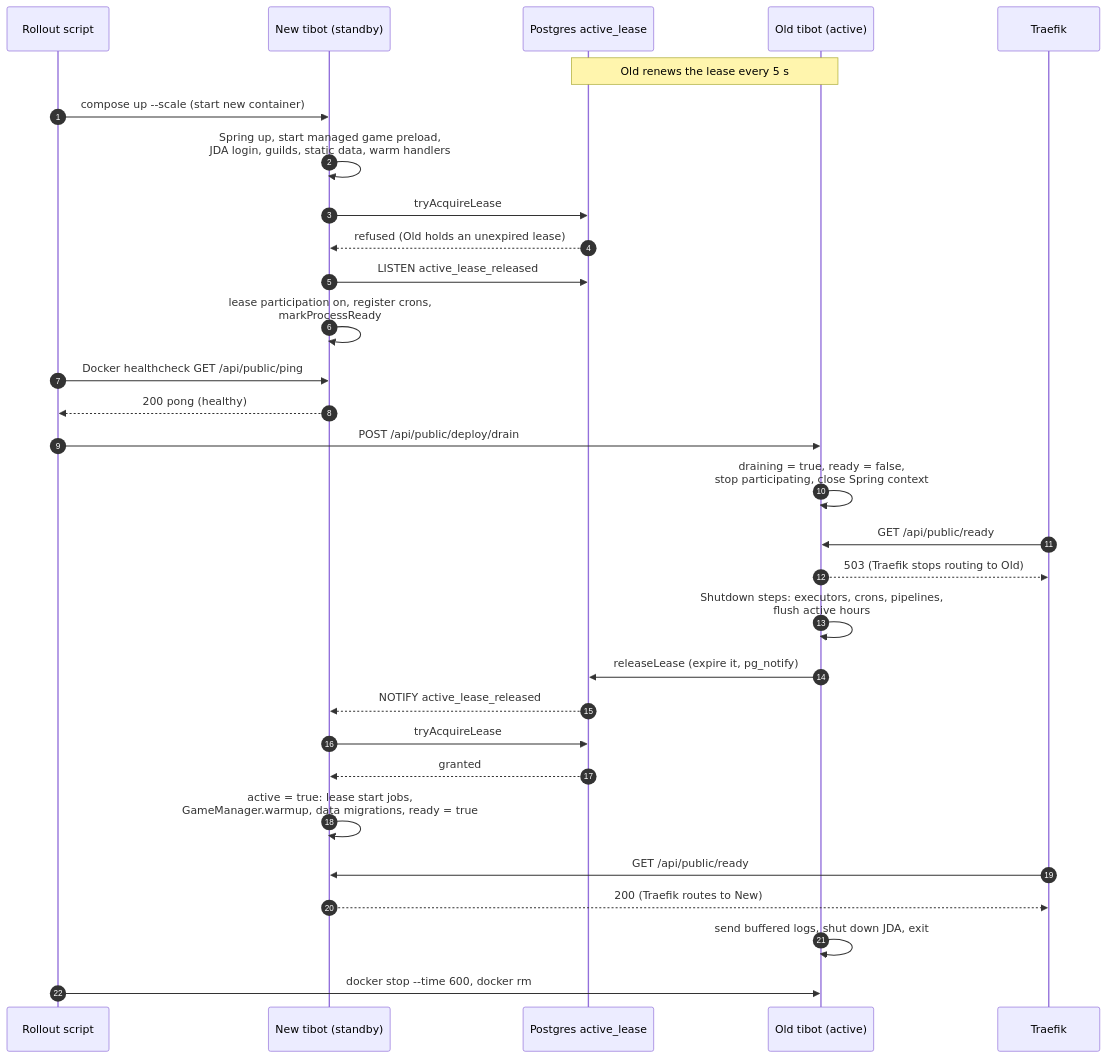
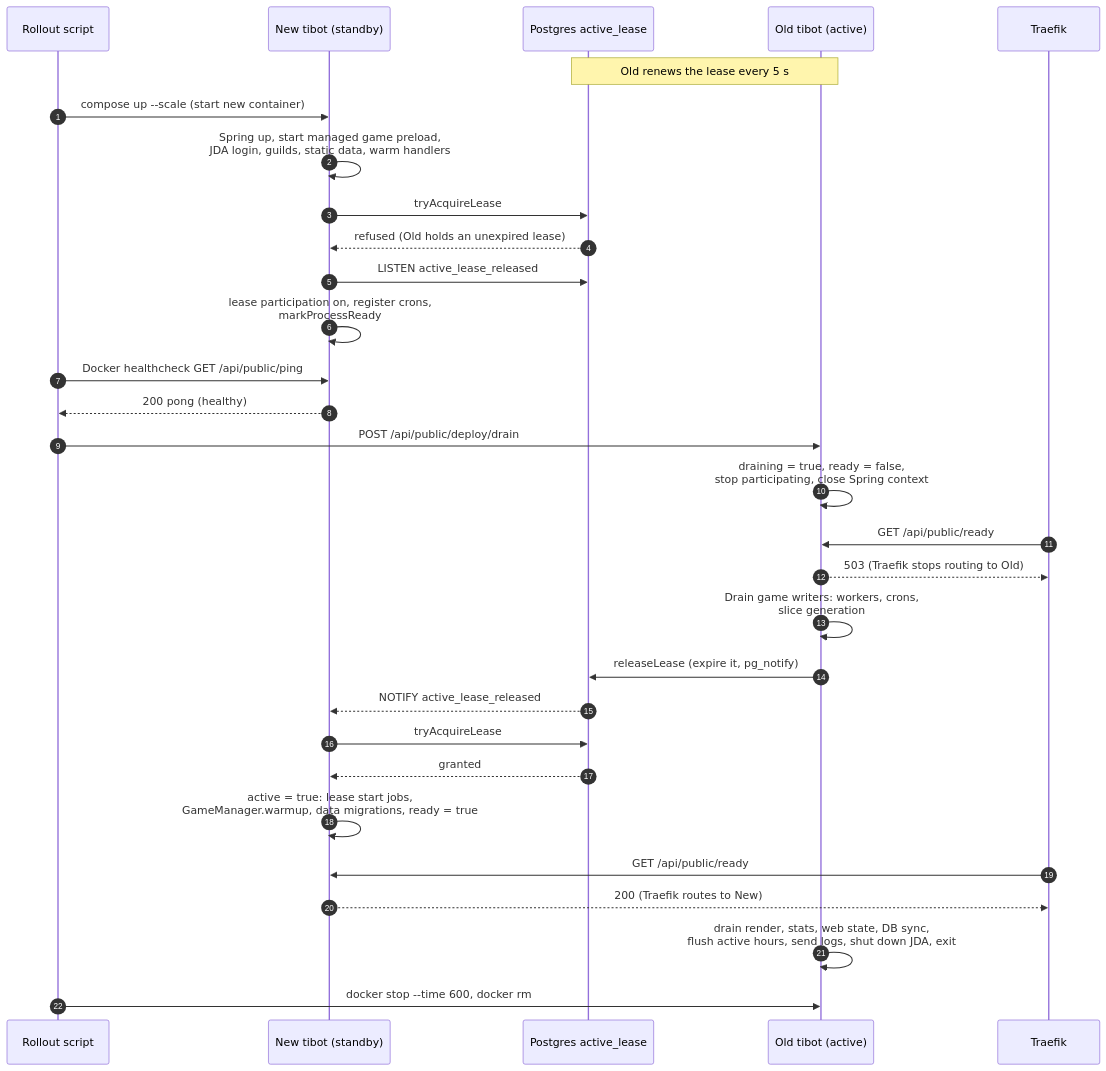
The third of 5 diagrams in DEPLOYMENT.md (AsyncTI4/TI4_map_generator_bot), drawn with Mermaid before and after one commit. The commit also changed other lines of this file and 7 other files, not shown here.

First line of the commit message:
Release the active lease once game file writers have drained

````diff
--- a/DEPLOYMENT.md
+++ b/DEPLOYMENT.md
@@ -106,33 +106,33 @@
 ```mermaid
 sequenceDiagram
     autonumber
     participant Script as Rollout script
     participant New as New tibot (standby)
     participant DB as Postgres active_lease
     participant Old as Old tibot (active)
     participant Traefik
 
     Note over Old,DB: Old renews the lease every 5 s
     Script->>New: compose up --scale (start new container)
     New->>New: Spring up, start managed game preload,<br/>JDA login, guilds, static data, warm handlers
     New->>DB: tryAcquireLease
     DB-->>New: refused (Old holds an unexpired lease)
     New->>DB: LISTEN active_lease_released
     New->>New: lease participation on, register crons,<br/>markProcessReady
     Script->>New: Docker healthcheck GET /api/public/ping
     New-->>Script: 200 pong (healthy)
     Script->>Old: POST /api/public/deploy/drain
     Old->>Old: draining = true, ready = false,<br/>stop participating, close Spring context
     Traefik->>Old: GET /api/public/ready
     Old-->>Traefik: 503 (Traefik stops routing to Old)
-    Old->>Old: Shutdown steps: executors, crons, pipelines,<br/>flush active hours
+    Old->>Old: Drain game writers: workers, crons,<br/>slice generation
     Old->>DB: releaseLease (expire it, pg_notify)
     DB-->>New: NOTIFY active_lease_released
     New->>DB: tryAcquireLease
     DB-->>New: granted
     New->>New: active = true: lease start jobs,<br/>GameManager.warmup, data migrations, ready = true
     Traefik->>New: GET /api/public/ready
     New-->>Traefik: 200 (Traefik routes to New)
-    Old->>Old: send buffered logs, shut down JDA, exit
+    Old->>Old: drain render, stats, web state, DB sync,<br/>flush active hours, send logs, shut down JDA, exit
     Script->>Old: docker stop --time 600, docker rm
 ```
````
